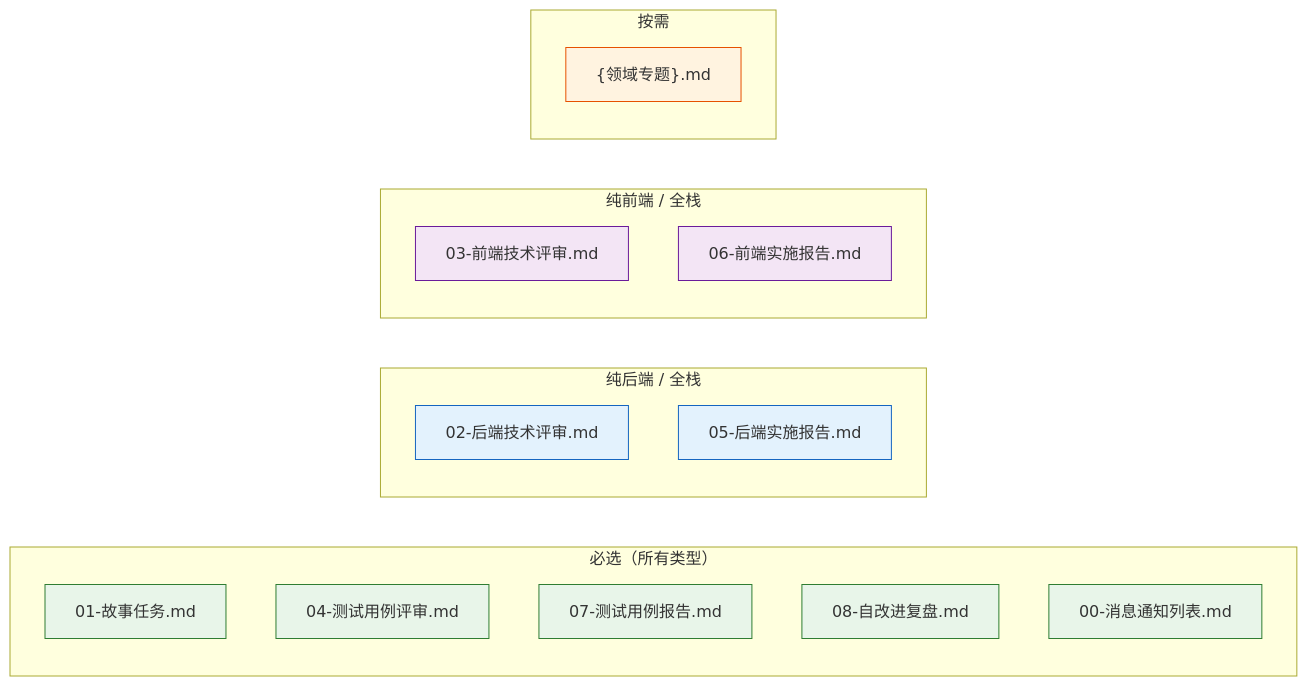
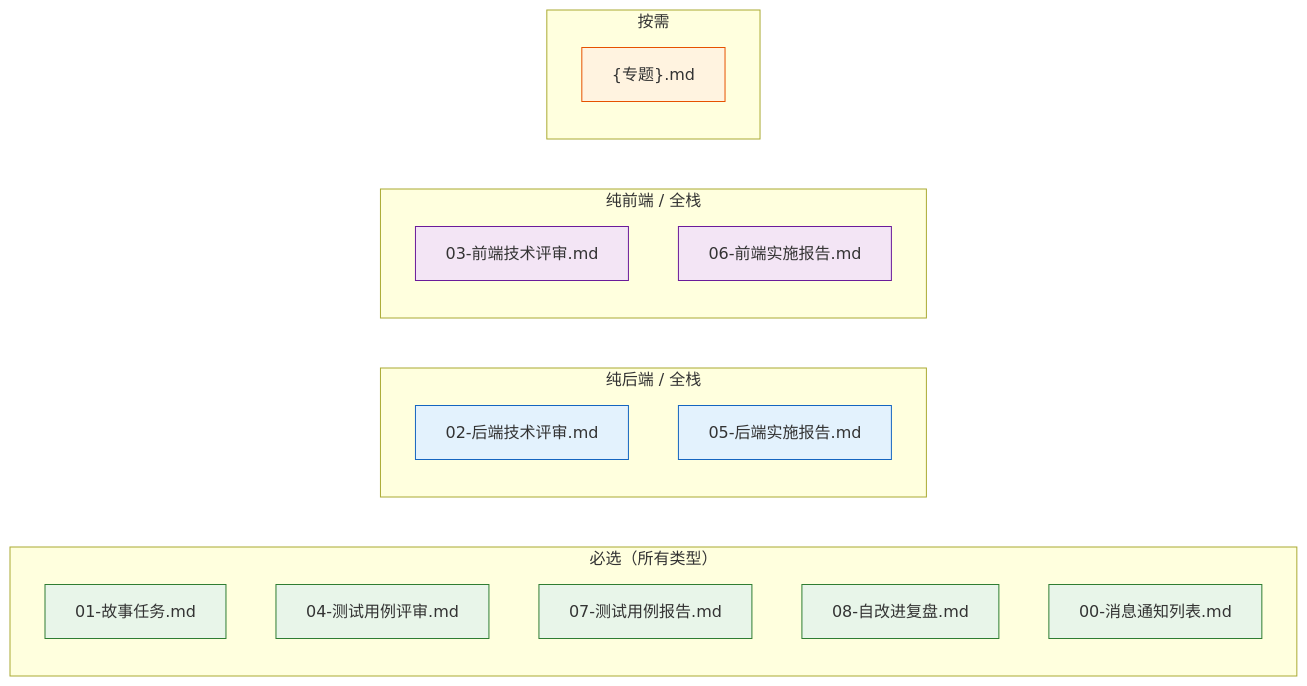
Before and after one commit to effiy/YrY: the first of 5 diagrams in skills/rui/coder.md, drawn with Mermaid. The commit also changed other lines of this file and 4 other files, not shown here.

````diff
--- a/skills/rui/coder.md
+++ b/skills/rui/coder.md
@@ -68,26 +18,26 @@
 ```mermaid
 flowchart LR
     subgraph 必选["必选（所有类型）"]
         B1["01-故事任务.md"]:::must
         B2["04-测试用例评审.md"]:::must
         B3["07-测试用例报告.md"]:::must
         B4["08-自改进复盘.md"]:::must
         B5["00-消息通知列表.md"]:::must
     end
     subgraph 后端["纯后端 / 全栈"]
         C1["02-后端技术评审.md"]:::be
         C2["05-后端实施报告.md"]:::be
     end
     subgraph 前端["纯前端 / 全栈"]
         D1["03-前端技术评审.md"]:::fe
         D2["06-前端实施报告.md"]:::fe
     end
     subgraph 补充["按需"]
-        E1["{领域专题}.md"]:::supp
+        E1["{专题}.md"]:::supp
     end
 
     classDef must fill:#e8f5e9,stroke:#2e7d32;
     classDef be fill:#e3f2fd,stroke:#1565c0;
     classDef fe fill:#f3e5f5,stroke:#6a1b9a;
     classDef supp fill:#fff3e0,stroke:#e65100;
 ```
````
